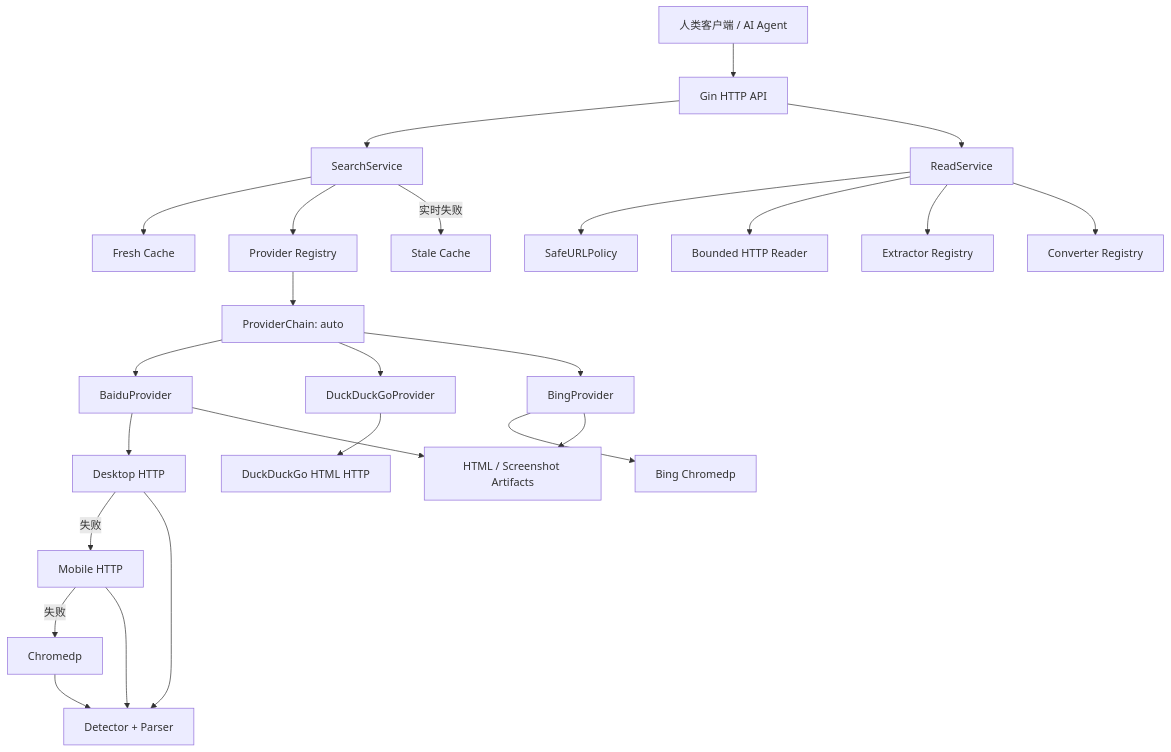
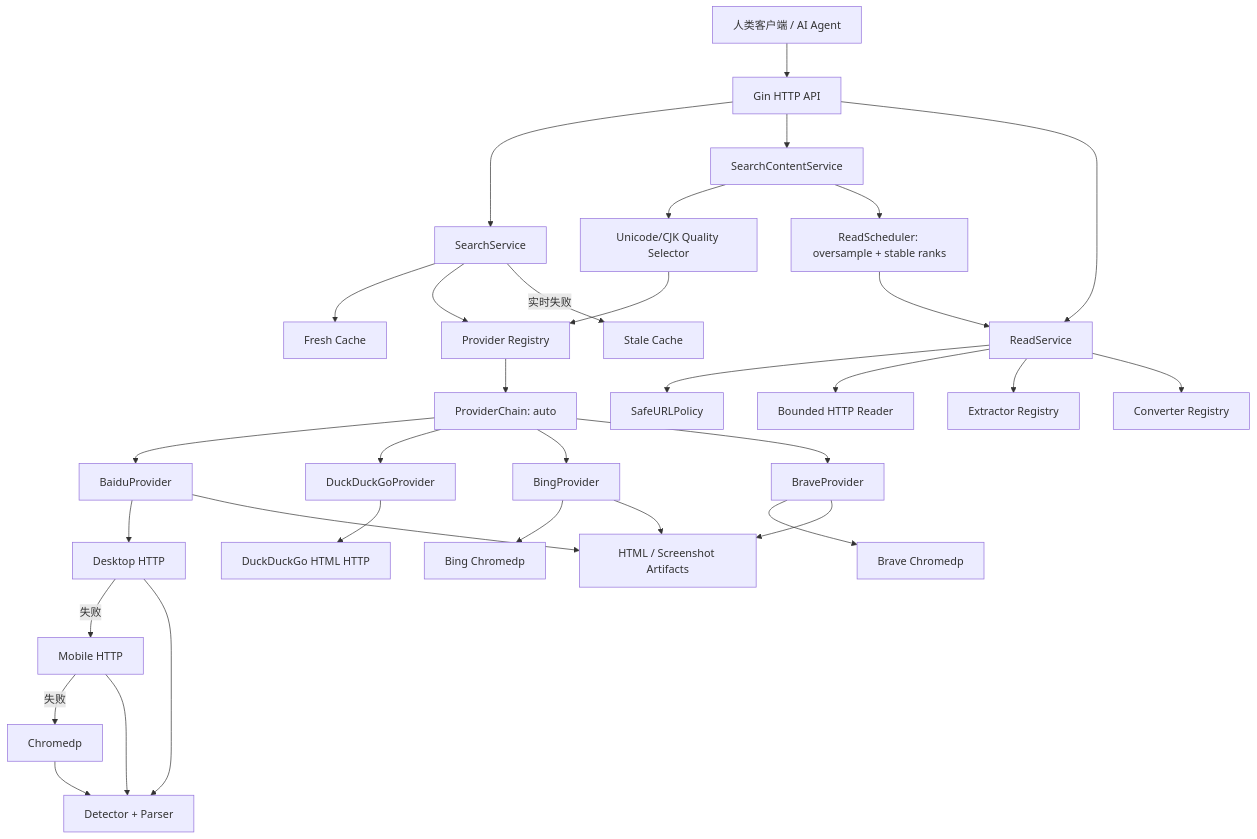
The diagram in README.md (ZoeImport/search-x), drawn with Mermaid before and after one commit. The commit also changed other lines of this file and 2 other files, not shown here.

Commit message:
docs: document combined search workflow

````diff
--- a/README.md
+++ b/README.md
@@ -9,27 +9,35 @@
 ```mermaid
 flowchart TD
     Client["人类客户端 / AI Agent"] --> Gin["Gin HTTP API"]
     Gin --> Service["SearchService"]
     Service --> Fresh["Fresh Cache"]
     Service --> Registry["Provider Registry"]
     Registry --> Auto["ProviderChain: auto"]
     Auto --> Baidu["BaiduProvider"]
     Auto --> Duck["DuckDuckGoProvider"]
     Auto --> Bing["BingProvider"]
+    Auto --> Brave["BraveProvider"]
     Baidu --> Desktop["Desktop HTTP"]
     Desktop -->|失败| Mobile["Mobile HTTP"]
     Mobile -->|失败| Chrome["Chromedp"]
     Desktop --> Detector["Detector + Parser"]
     Mobile --> Detector
     Chrome --> Detector
     Duck --> DuckHTTP["DuckDuckGo HTML HTTP"]
     Bing --> BingChrome["Bing Chromedp"]
+    Brave --> BraveChrome["Brave Chromedp"]
+    Gin --> Combined["SearchContentService"]
+    Combined --> Quality["Unicode/CJK Quality Selector"]
+    Quality --> Registry
+    Combined --> Scheduler["ReadScheduler: oversample + stable ranks"]
+    Scheduler --> ReadService
     Gin --> ReadService["ReadService"]
     ReadService --> SafeURL["SafeURLPolicy"]
     ReadService --> ReadHTTP["Bounded HTTP Reader"]
     ReadService --> Extract["Extractor Registry"]
     ReadService --> Convert["Converter Registry"]
     Service -->|实时失败| Stale["Stale Cache"]
     Baidu --> Artifacts["HTML / Screenshot Artifacts"]
     Bing --> Artifacts
+    Brave --> Artifacts
 ```
````
